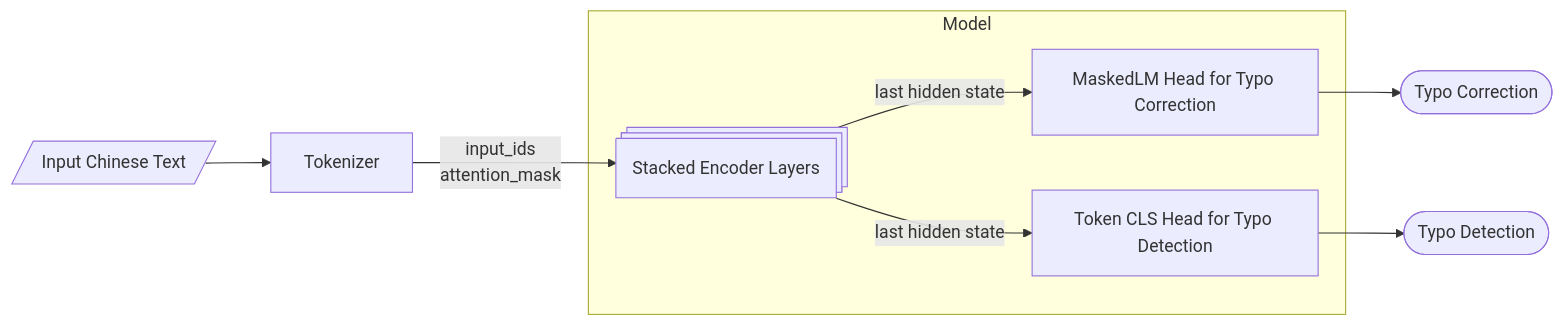
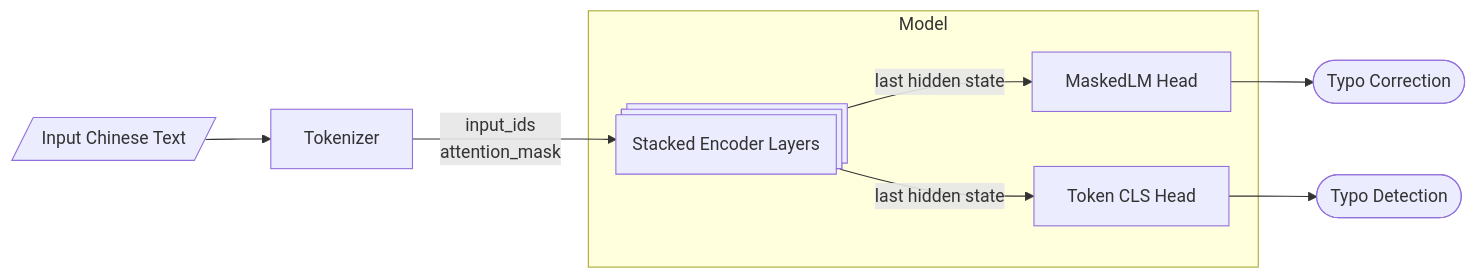
Before and after one commit to Romeo-CC/chinese_typo_checker: the diagram in readme.md, drawn with Mermaid.

````diff
--- a/readme.md
+++ b/readme.md
@@ -11,13 +11,12 @@
 ```mermaid
 graph LR
     
     A@{ shape: lean-r, label: "Input Chinese Text" } --> B@{ shape: rect, label: "Tokenizer" }
-    
     B -->|"input_ids<br>attention_mask"| C@{ shape: procs, label: "Stacked Encoder Layers" }
     subgraph Model
-    C -->|"last hidden state"| D@{ shape: rect, label: "MaskedLM Head for Typo Correction" }
-    C -->|"last hidden state"| E@{ shape: rect, label: "Token CLS Head for Typo Detection" }
+    C -->|"last hidden state"| D@{ shape: rect, label: "MaskedLM Head" }
+    C -->|"last hidden state"| E@{ shape: rect, label: "Token CLS Head" }
     end
     D --> F@{ shape: stadium, label: "Typo Correction" }
     E --> G@{ shape: stadium, label: "Typo Detection" }   
 ```
````
